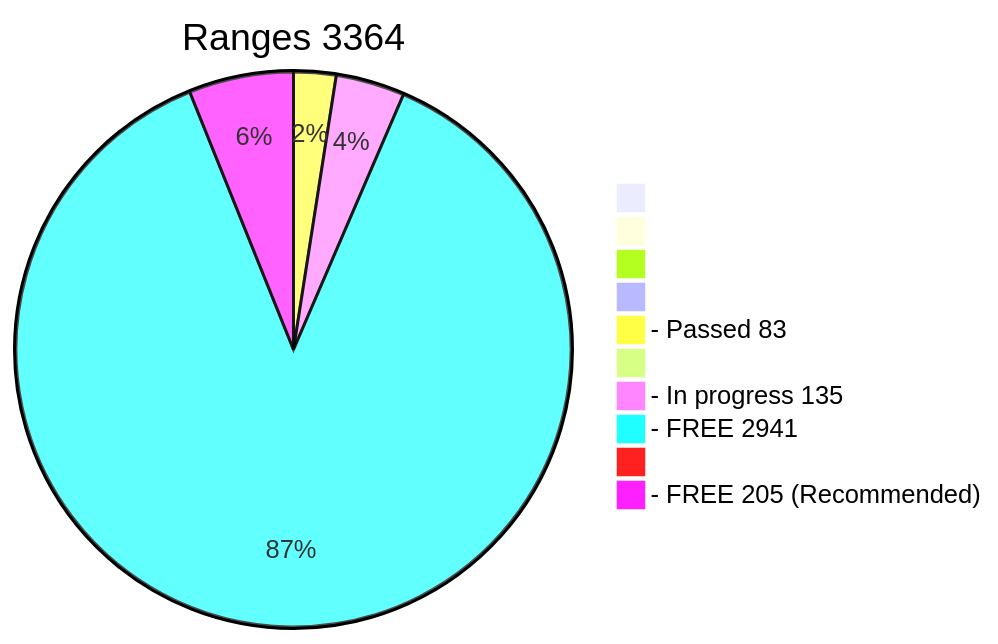
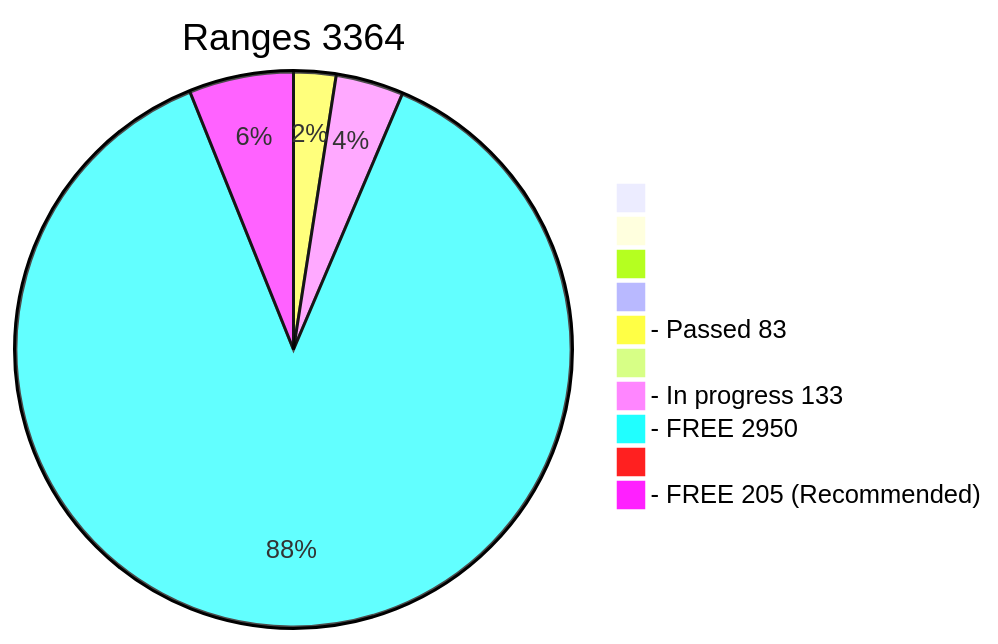
Before and after one commit to phrutis/wif500: the diagram in x64/Release/table.md, drawn with Mermaid. The commit also changed other lines of this file, not shown here.

````diff
--- a/x64/Release/table.md
+++ b/x64/Release/table.md
@@ -3,13 +3,13 @@
 ```mermaid
 pie title Ranges 3364
   " " : 0
   "  " : 0
   "   " : 0
   "    " : 0
   "- Passed 83" : 83
   "     " : 0
-  "- In progress 135" : 135
-  "- FREE 2941" : 2941
+  "- In progress 133" : 133
+  "- FREE 2950" : 2950
   "      " : 0
   "- FREE 205 (Recommended)" : 205
 ```
````
